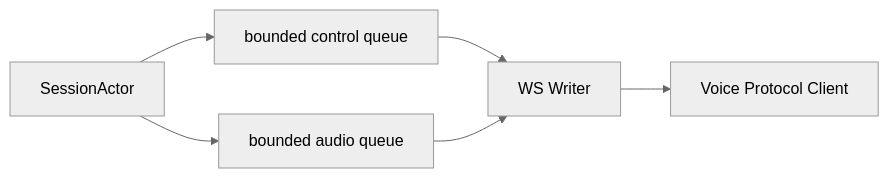
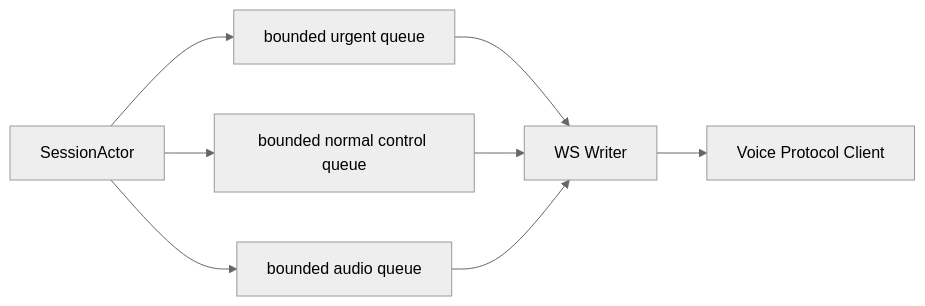
Before and after one commit to hailp-vn38/ai-agent-voice: the third of 3 diagrams in docs/flows/01-websocket.md, drawn with Mermaid (neutral theme). The commit also changed other lines of this file and 21 other files, not shown here.

````diff
--- a/docs/flows/01-websocket.md
+++ b/docs/flows/01-websocket.md
@@ -100,8 +100,10 @@
 ```mermaid
 flowchart LR
-  ACTOR[SessionActor] --> C[bounded control queue]
+  ACTOR[SessionActor] --> U[bounded urgent queue]
+  ACTOR --> C[bounded normal control queue]
   ACTOR --> A[bounded audio queue]
-  C --> WRITER[WS Writer]
+  U --> WRITER[WS Writer]
+  C --> WRITER
   A --> WRITER
   WRITER --> CLIENT[Voice Protocol Client]
 ```
````
